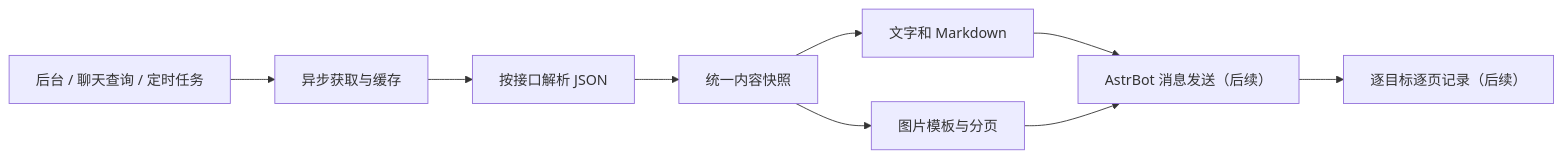
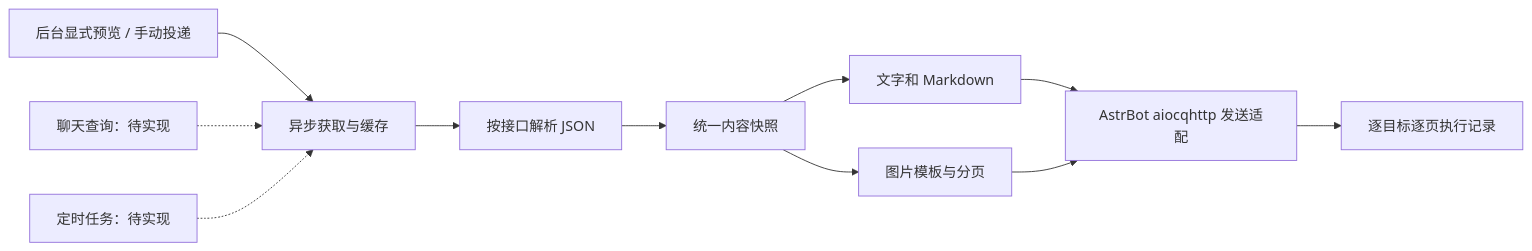
Before and after one commit to littleseven2003/astrbot_plugin_60sapi_hub: the diagram in docs/architecture.md, drawn with Mermaid. The commit also changed other lines of this file and 8 other files, not shown here.

````diff
--- a/docs/architecture.md
+++ b/docs/architecture.md
@@ -7,11 +7,13 @@
 ```mermaid
 flowchart LR
-    A[后台 / 聊天查询 / 定时任务] --> B[异步获取与缓存]
+    A[后台显式预览 / 手动投递] --> B[异步获取与缓存]
+    P[聊天查询：待实现] -.-> B
+    Q[定时任务：待实现] -.-> B
     B --> C[按接口解析 JSON]
     C --> D[统一内容快照]
     D --> E[文字和 Markdown]
     D --> F[图片模板与分页]
-    E --> G[AstrBot 消息发送（后续）]
+    E --> G[AstrBot aiocqhttp 发送适配]
     F --> G
-    G --> H[逐目标逐页记录（后续）]
+    G --> H[逐目标逐页执行记录]
 ```
````
